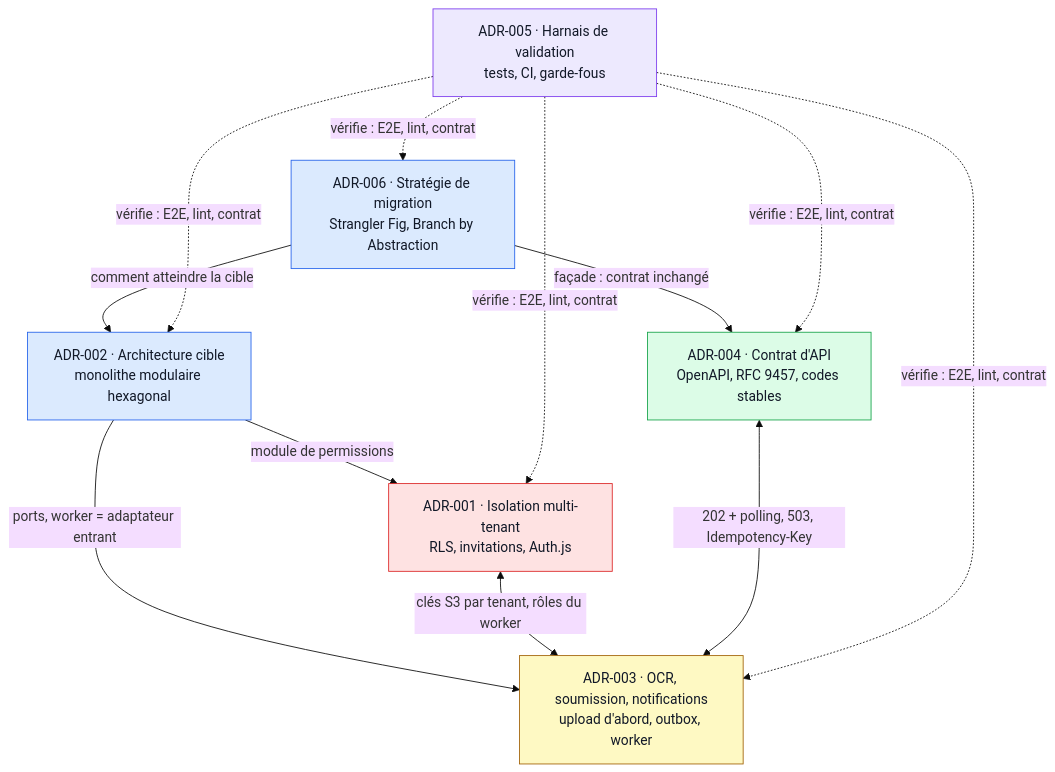
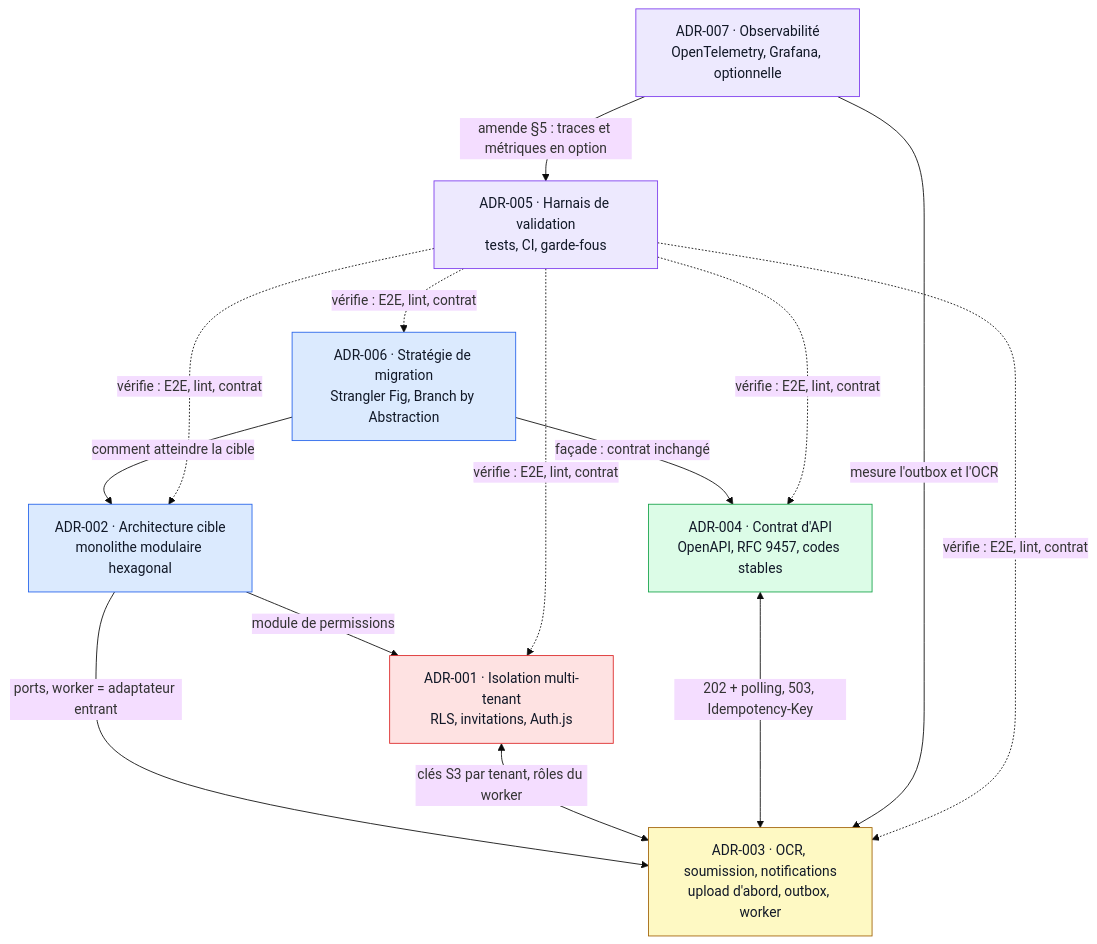
One commit to 2-MORGAN/expense-io changed the diagram in docs/architecture/vues/adr.mmd. Above: the diagram before and after it, drawn with Mermaid (base theme). The commit also changed 4 other files, not shown here.

```diff
--- a/docs/architecture/vues/adr.mmd
+++ b/docs/architecture/vues/adr.mmd
@@ -1,29 +1,32 @@
 flowchart TB
   %% Vue écrite à la main : la modifier ici, npm run generate:architecture la recopie dans docs/index.html.
   %% À tenir à jour avec docs/adr (CLAUDE.md, « Documentation développeur »).
 
   adr5["ADR-005 · Harnais de validation<br/>tests, CI, garde-fous"]
   adr2["ADR-002 · Architecture cible<br/>monolithe modulaire hexagonal"]
   adr1["ADR-001 · Isolation multi-tenant<br/>RLS, invitations, Auth.js"]
   adr3["ADR-003 · OCR, soumission, notifications<br/>upload d'abord, outbox, worker"]
   adr4["ADR-004 · Contrat d'API<br/>OpenAPI, RFC 9457, codes stables"]
   adr6["ADR-006 · Stratégie de migration<br/>Strangler Fig, Branch by Abstraction"]
+  adr7["ADR-007 · Observabilité<br/>OpenTelemetry, Grafana, optionnelle"]
 
   adr2 -->|"module de permissions"| adr1
   adr2 -->|"ports, worker = adaptateur entrant"| adr3
   adr1 <-->|"clés S3 par tenant, rôles du worker"| adr3
   adr4 <-->|"202 + polling, 503, Idempotency-Key"| adr3
   adr6 -->|"comment atteindre la cible"| adr2
   adr6 -->|"façade : contrat inchangé"| adr4
+  adr7 -->|"amende §5 : traces et métriques en option"| adr5
+  adr7 -->|"mesure l'outbox et l'OCR"| adr3
   adr5 -.->|"vérifie : E2E, lint, contrat"| adr1 & adr2 & adr3 & adr4 & adr6
 
   classDef securite fill:#fee2e2,stroke:#dc2626,color:#111827
   classDef archi fill:#dbeafe,stroke:#2563eb,color:#111827
   classDef asynchrone fill:#fef9c3,stroke:#a16207,color:#111827
   classDef api fill:#dcfce7,stroke:#16a34a,color:#111827
   classDef qualite fill:#ede9fe,stroke:#7c3aed,color:#111827
   class adr1 securite
   class adr2,adr6 archi
   class adr3 asynchrone
   class adr4 api
-  class adr5 qualite
+  class adr5,adr7 qualite
```
